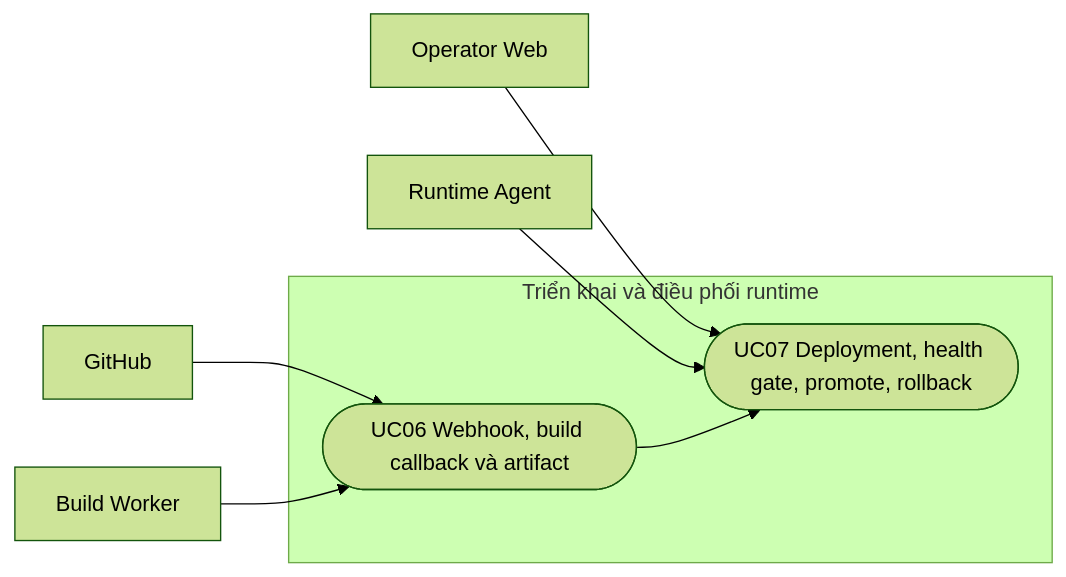
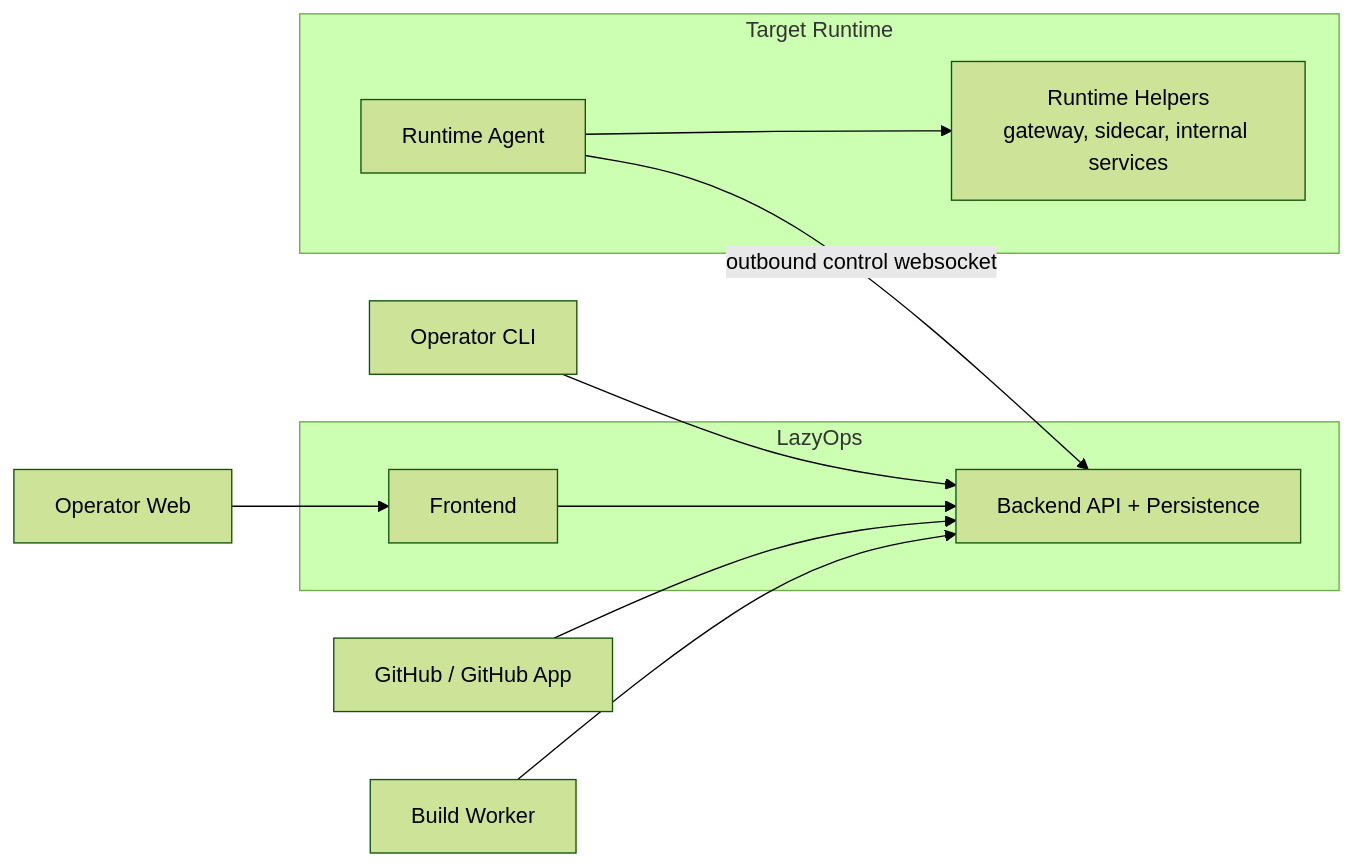
The second of 9 diagrams in docs/project-report-diagrams.md (huutawn/lazyops), drawn with Mermaid (forest theme) before and after one commit. The commit also changed other lines of this file and 3 other files, not shown here.

````diff
--- a/docs/project-report-diagrams.md
+++ b/docs/project-report-diagrams.md
@@ -105,19 +105,25 @@
 ```mermaid
 flowchart LR
     OW[Operator Web]
-    GH[GitHub]
+    OC[Operator CLI]
+    GH[GitHub / GitHub App]
     BW[Build Worker]
-    AG[Runtime Agent]
 
-    subgraph DEPLOY[Triển khai và điều phối runtime]
-        UC06([UC06 Webhook, build callback và artifact])
-        UC07([UC07 Deployment, health gate, promote, rollback])
+    subgraph LO[LazyOps]
+        FE[Frontend]
+        BE[Backend API + Persistence]
     end
 
-    GH --> UC06
-    BW --> UC06
-    OW --> UC07
-    AG --> UC07
+    subgraph RT[Target Runtime]
+        AG[Runtime Agent]
+        RH[Runtime Helpers<br/>gateway, sidecar, internal services]
+    end
 
-    UC06 --> UC07
+    OW --> FE
+    OC --> BE
+    FE --> BE
+    GH --> BE
+    BW --> BE
+    AG -->|outbound control websocket| BE
+    AG --> RH
 ```
````
